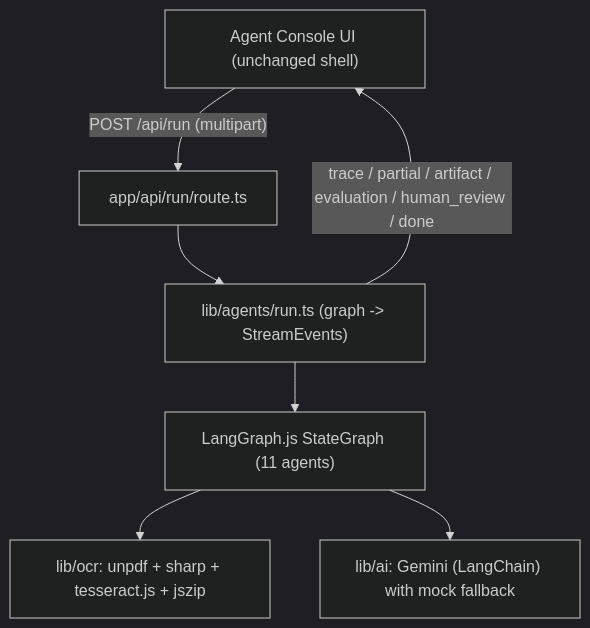
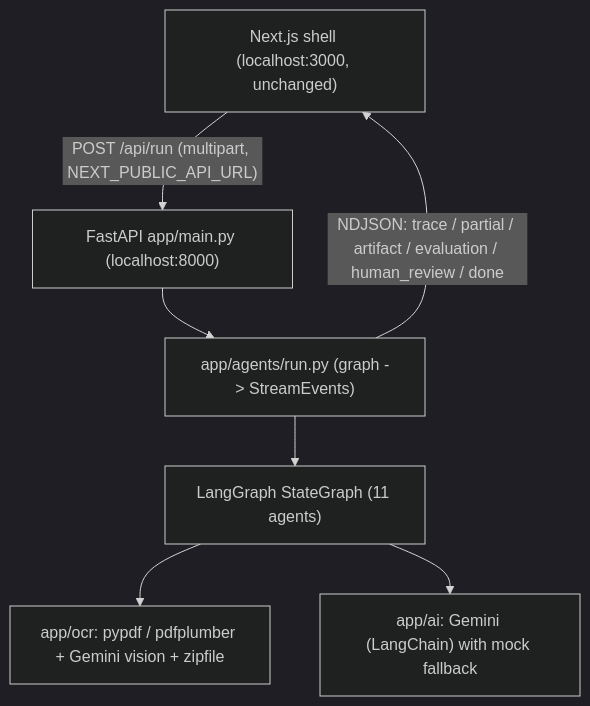
The first of 2 diagrams in docs/architecture.md (thearnabsaha/workPermit), drawn with Mermaid (dark theme) before and after one commit. The commit also changed other lines of this file and 76 other files, not shown here.

Commit message:
Remove Docker-related files and configurations, transitioning to a Python FastAPI backend while updating environment variables and documentation for local setup. Adjust frontend to communicate with the new backend and streamline the project structure.

````diff
--- a/docs/architecture.md
+++ b/docs/architecture.md
@@ -7,9 +7,9 @@
 ```mermaid
 flowchart TD
-    UI["Agent Console UI (unchanged shell)"] -->|"POST /api/run (multipart)"| Route["app/api/run/route.ts"]
-    Route --> Run["lib/agents/run.ts (graph -> StreamEvents)"]
-    Run --> Graph["LangGraph.js StateGraph (11 agents)"]
-    Graph --> OCR["lib/ocr: unpdf + sharp + tesseract.js + jszip"]
-    Graph --> AI["lib/ai: Gemini (LangChain) with mock fallback"]
-    Run -->|"trace / partial / artifact / evaluation / human_review / done"| UI
+    UI["Next.js shell (localhost:3000, unchanged)"] -->|"POST /api/run (multipart, NEXT_PUBLIC_API_URL)"| API["FastAPI app/main.py (localhost:8000)"]
+    API --> Run["app/agents/run.py (graph -> StreamEvents)"]
+    Run --> Graph["LangGraph StateGraph (11 agents)"]
+    Graph --> OCR["app/ocr: pypdf / pdfplumber + Gemini vision + zipfile"]
+    Graph --> AI["app/ai: Gemini (LangChain) with mock fallback"]
+    Run -->|"NDJSON: trace / partial / artifact / evaluation / human_review / done"| UI
 ```
````
